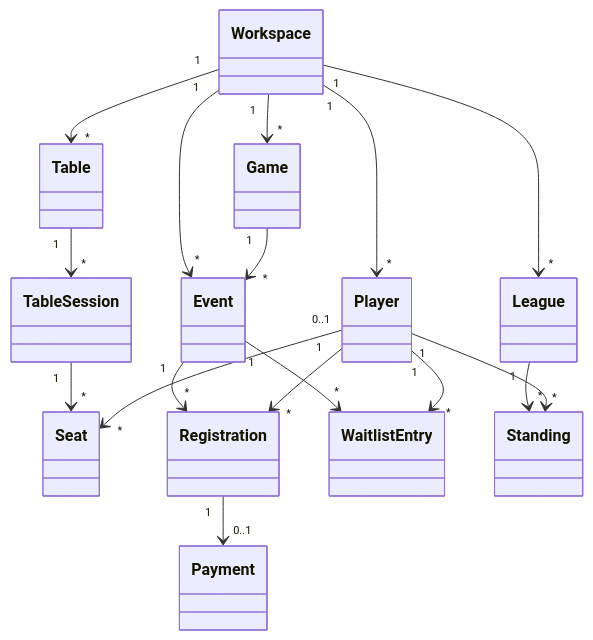
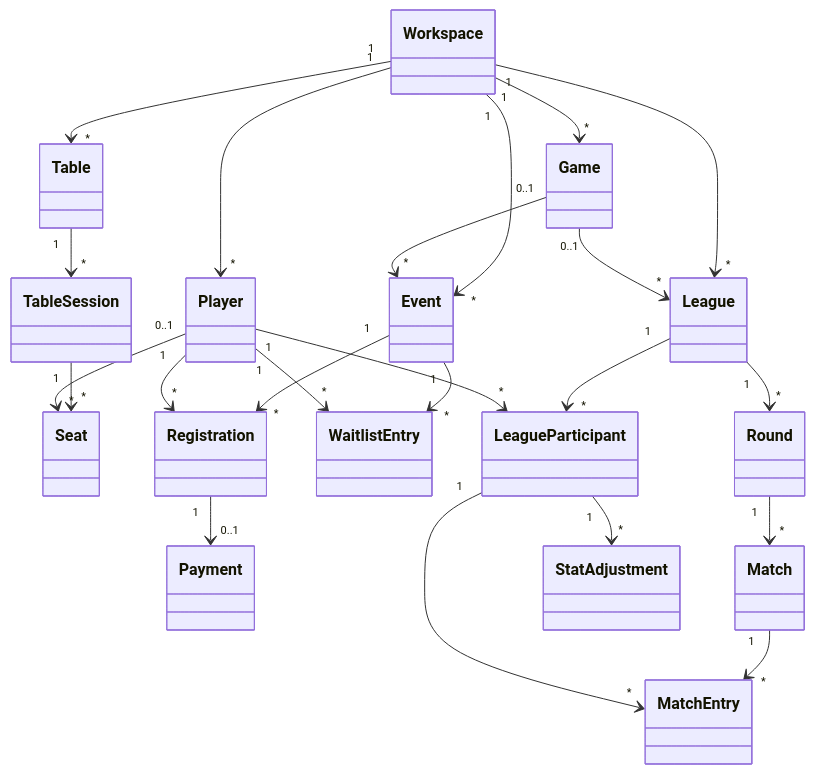
One commit to TemuulenMunhkjargal/GameManager changed the diagram in docs/domain-model.md. Above: the diagram before and after it, drawn with Mermaid. The commit also changed other lines of this file and 159 other files, not shown here.

````diff
--- a/docs/domain-model.md
+++ b/docs/domain-model.md
@@ -19,19 +23,25 @@
 ```mermaid
 classDiagram
   Workspace "1" --> "*" Player
   Workspace "1" --> "*" Game
   Workspace "1" --> "*" Table
   Table "1" --> "*" TableSession
   TableSession "1" --> "*" Seat
   Player "0..1" --> "*" Seat
   Workspace "1" --> "*" Event
-  Game "1" --> "*" Event
+  Game "0..1" --> "*" Event
   Event "1" --> "*" Registration
+  Event "1" --> "*" WaitlistEntry
   Player "1" --> "*" Registration
-  Event "1" --> "*" WaitlistEntry
   Player "1" --> "*" WaitlistEntry
   Registration "1" --> "0..1" Payment
   Workspace "1" --> "*" League
-  League "1" --> "*" Standing
-  Player "1" --> "*" Standing
+  Game "0..1" --> "*" League
+  League "1" --> "*" LeagueParticipant
+  Player "1" --> "*" LeagueParticipant
+  League "1" --> "*" Round
+  Round "1" --> "*" Match
+  Match "1" --> "*" MatchEntry
+  LeagueParticipant "1" --> "*" MatchEntry
+  LeagueParticipant "1" --> "*" StatAdjustment
 ```
````
